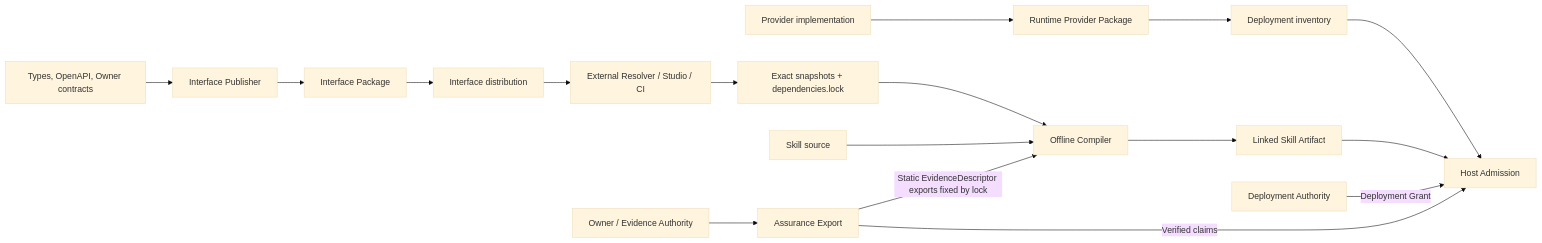
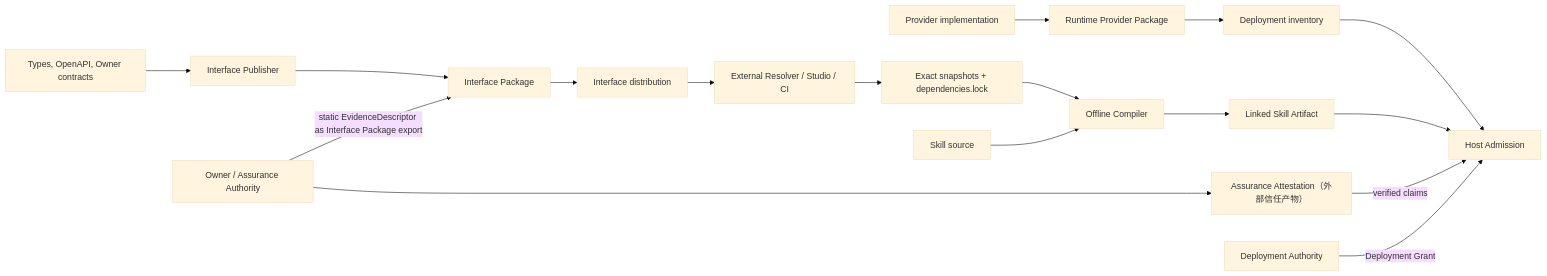
The first of 3 diagrams in docs/design/ca-toolchain-architecture-vnext.zh-CN.md (odango-chan/ca-skill-compiler), drawn with Mermaid (base theme) before and after one commit. The commit also changed other lines of this file and 5 other files, not shown here.

```diff
--- a/docs/design/ca-toolchain-architecture-vnext.zh-CN.md
+++ b/docs/design/ca-toolchain-architecture-vnext.zh-CN.md
@@ -17,19 +17,19 @@
 ~~~mermaid
 flowchart LR
     SRC["Types, OpenAPI, Owner contracts"] --> PUB["Interface Publisher"]
     PUB --> IP["Interface Package"]
     IMPL["Provider implementation"] --> RP["Runtime Provider Package"]
     IP --> IR["Interface distribution"]
     IR --> RES["External Resolver / Studio / CI"]
     RES --> IN["Exact snapshots + dependencies.lock"]
     IN --> C["Offline Compiler"]
     SK["Skill source"] --> C
     C --> ART["Linked Skill Artifact"]
     RP --> DEP["Deployment inventory"]
-    EA["Owner / Evidence Authority"] --> AE["Assurance Export"]
-    AE -->|Static EvidenceDescriptor exports fixed by lock| C
-    AE -->|Verified claims| H["Host Admission"]
+    EA["Owner / Assurance Authority"] --> AE["Assurance Attestation（外部信任产物）"]
+    EA -->|static EvidenceDescriptor as Interface Package export| IP
+    AE -->|verified claims| H["Host Admission"]
     ART --> H
     DEP --> H
     DA["Deployment Authority"] -->|Deployment Grant| H
 ~~~
```
